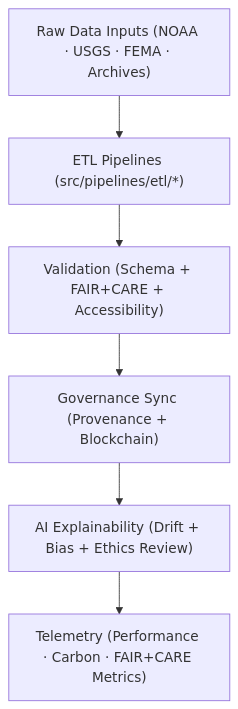
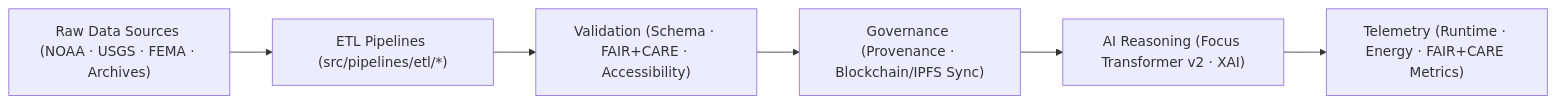
Before and after one commit to bartytime4life/Kansas-Frontier-Matrix: the diagram in src/README.md, drawn with Mermaid. The commit also changed other lines of this file, not shown here.

````diff
--- a/src/README.md
+++ b/src/README.md
@@ -83,8 +93,8 @@
 ```mermaid
-flowchart TD
-A["Raw Data Inputs (NOAA · USGS · FEMA · Archives)"] --> B["ETL Pipelines (src/pipelines/etl/*)"]
-B --> C["Validation (Schema + FAIR+CARE + Accessibility)"]
-C --> D["Governance Sync (Provenance + Blockchain)"]
-D --> E["AI Explainability (Drift + Bias + Ethics Review)"]
-E --> F["Telemetry (Performance · Carbon · FAIR+CARE Metrics)"]
+flowchart LR
+    A["Raw Data Sources (NOAA · USGS · FEMA · Archives)"] --> B["ETL Pipelines (src/pipelines/etl/*)"]
+    B --> C["Validation (Schema · FAIR+CARE · Accessibility)"]
+    C --> D["Governance (Provenance · Blockchain/IPFS Sync)"]
+    D --> E["AI Reasoning (Focus Transformer v2 · XAI)"]
+    E --> F["Telemetry (Runtime · Energy · FAIR+CARE Metrics)"]
 ```
````
